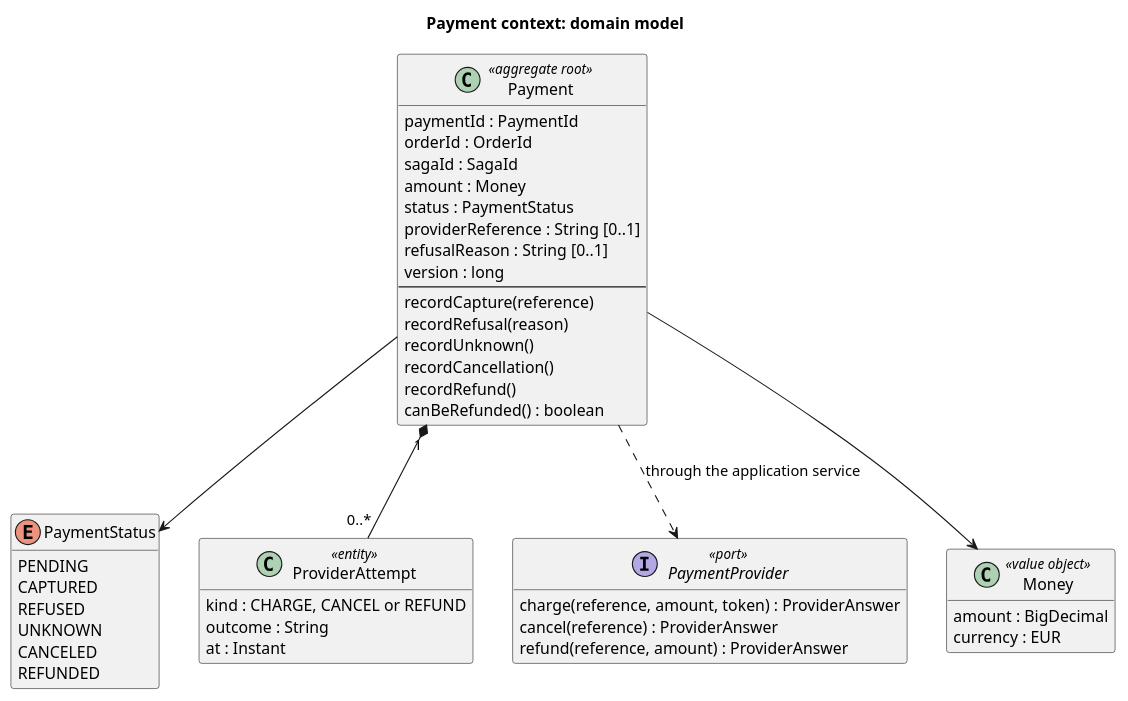
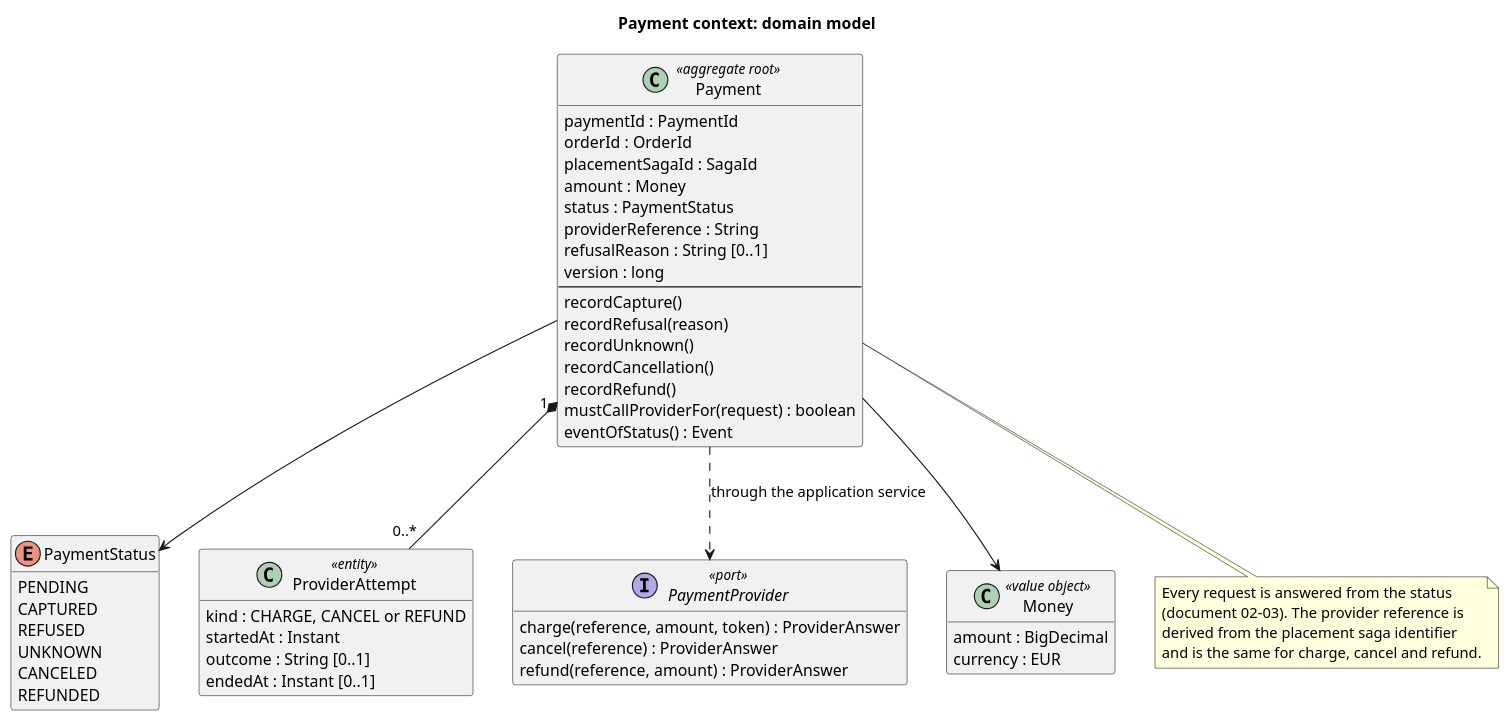
Before and after one commit to AxeloLabs/alten-commerce-platform: the diagram in doc/2-spec/02-domain-design/diagrams/class-payment.puml, drawn with PlantUML. The commit also changed 40 other files, not shown here.

```diff
--- a/doc/2-spec/02-domain-design/diagrams/class-payment.puml
+++ b/doc/2-spec/02-domain-design/diagrams/class-payment.puml
@@ -1,49 +1,58 @@
 @startuml
 title Payment context: domain model
 hide empty members
 
 class Payment <<aggregate root>> {
   paymentId : PaymentId
   orderId : OrderId
-  sagaId : SagaId
+  placementSagaId : SagaId
   amount : Money
   status : PaymentStatus
-  providerReference : String [0..1]
+  providerReference : String
   refusalReason : String [0..1]
   version : long
   --
-  recordCapture(reference)
+  recordCapture()
   recordRefusal(reason)
   recordUnknown()
   recordCancellation()
   recordRefund()
-  canBeRefunded() : boolean
+  mustCallProviderFor(request) : boolean
+  eventOfStatus() : Event
 }
 enum PaymentStatus {
   PENDING
   CAPTURED
   REFUSED
   UNKNOWN
   CANCELED
   REFUNDED
 }
 class ProviderAttempt <<entity>> {
   kind : CHARGE, CANCEL or REFUND
-  outcome : String
-  at : Instant
+  startedAt : Instant
+  outcome : String [0..1]
+  endedAt : Instant [0..1]
 }
 interface PaymentProvider <<port>> {
   charge(reference, amount, token) : ProviderAnswer
   cancel(reference) : ProviderAnswer
   refund(reference, amount) : ProviderAnswer
 }
 class Money <<value object>> {
   amount : BigDecimal
   currency : EUR
 }
 
 Payment "1" *-- "0..*" ProviderAttempt
 Payment --> PaymentStatus
 Payment --> Money
 Payment ..> PaymentProvider : through the application service
+
+note bottom of Payment
+  Every request is answered from the status
+  (document 02-03). The provider reference is
+  derived from the placement saga identifier
+  and is the same for charge, cancel and refund.
+end note
 @enduml
```
